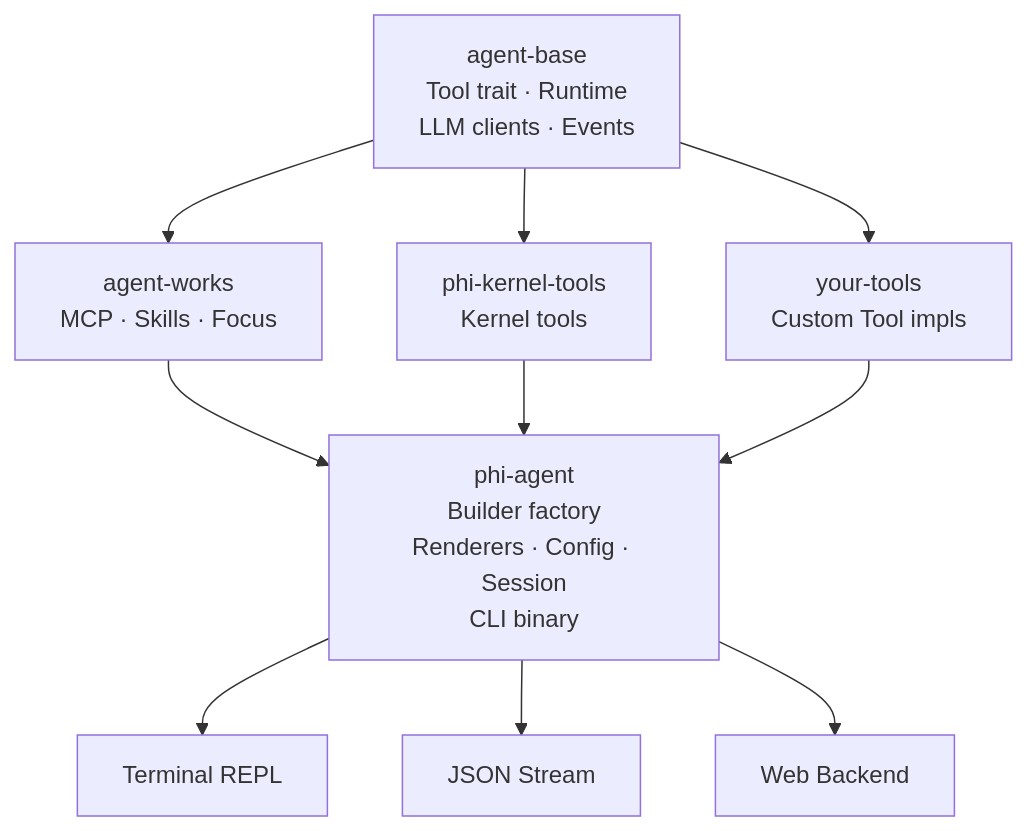
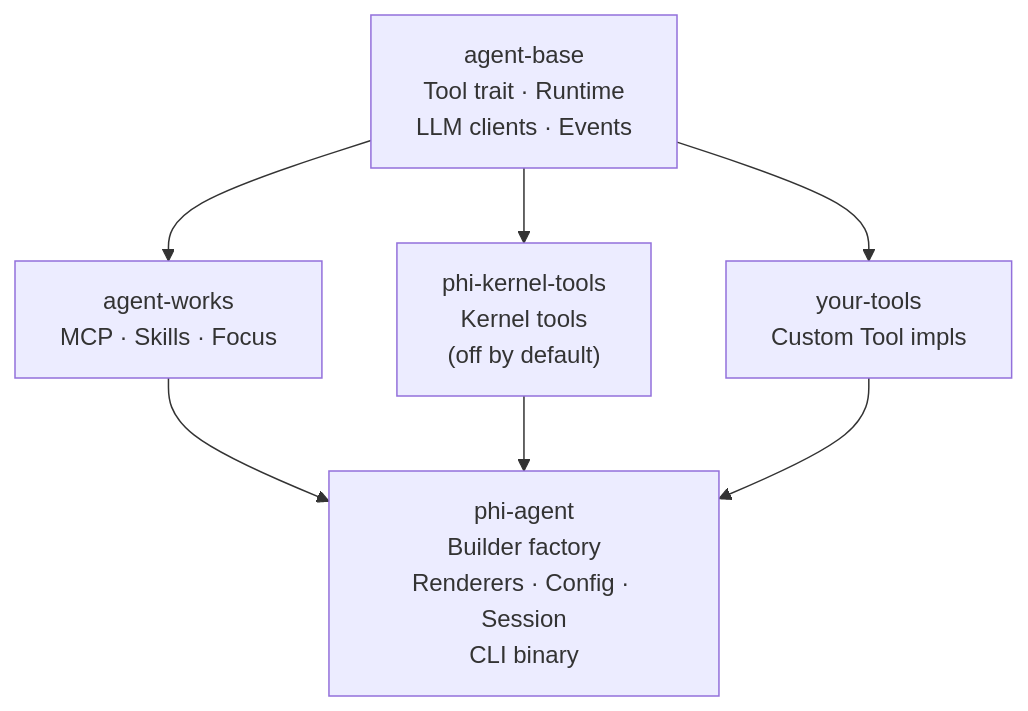
One commit to chenkangzeng1/agent-base changed the diagram in README.md. Above: the diagram before and after it, drawn with Mermaid. The commit also changed other lines of this file, not shown here.

````diff
--- a/README.md
+++ b/README.md
@@ -66,17 +29,14 @@
 ```mermaid
 graph TB
     AB[agent-base<br/>Tool trait · Runtime<br/>LLM clients · Events]
 
     AB --> AW[agent-works<br/>MCP · Skills · Focus]
-    AB --> PKT[phi-kernel-tools<br/>Kernel tools]
+    AB --> PKT["phi-kernel-tools<br/>Kernel tools<br/>(off by default)"]
     AB --> YT[your-tools<br/>Custom Tool impls]
 
-    AW --> PA[phi-agent<br/>Builder factory<br/>Renderers · Config · Session<br/>CLI binary]
-
+    AW --> PA
     PKT --> PA
     YT --> PA
 
-    PA --> Terminal[Terminal REPL]
-    PA --> JSON[JSON Stream]
-    PA --> Web[Web Backend]
+    PA[phi-agent<br/>Builder factory<br/>Renderers · Config · Session<br/>CLI binary]
 ```
````
